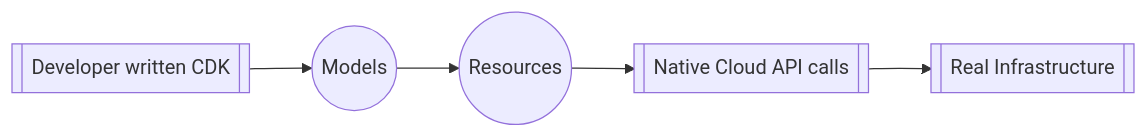
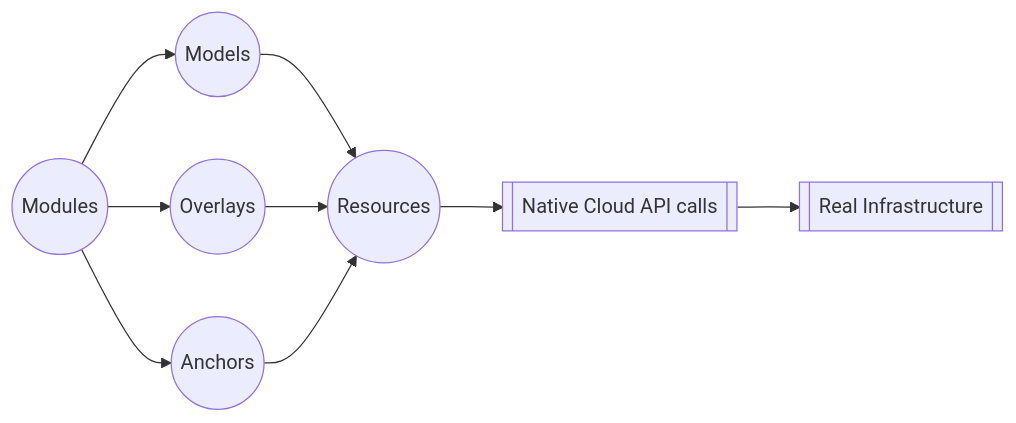
Before and after one commit to quadnix/octo: the first of 2 diagrams in apps/octo-docs/docs/introduction.mdx, drawn with Mermaid. The commit also changed other lines of this file and 1 other file, not shown here.

````diff
--- a/apps/octo-docs/docs/introduction.mdx
+++ b/apps/octo-docs/docs/introduction.mdx
@@ -58,7 +33,11 @@
 ```mermaid
 graph LR;
-  developer[[Developer written CDK]] --> model((Models));
+  module((Modules)) --> model((Models));
   model --> resource((Resources));
+  module --> overlay((Overlays));
+  module --> anchor((Anchors));
+  overlay --> resource;
+  anchor --> resource;
   resource --> cloudApi[[Native Cloud API calls]];
   cloudApi --> infrastructure[[Real Infrastructure]];
 ```
````
